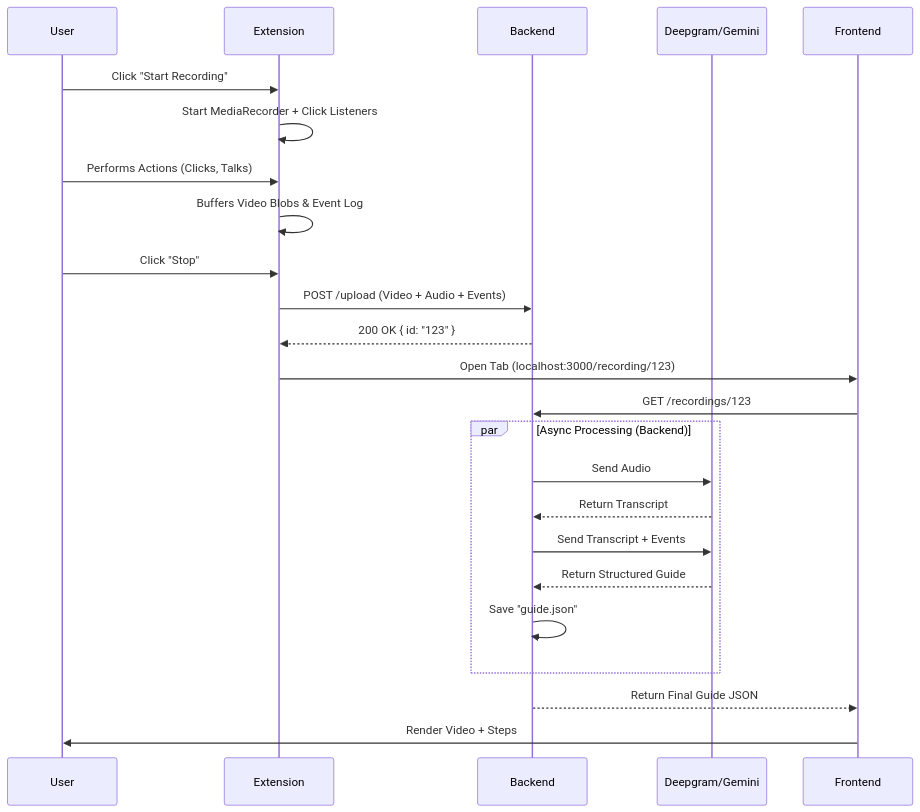
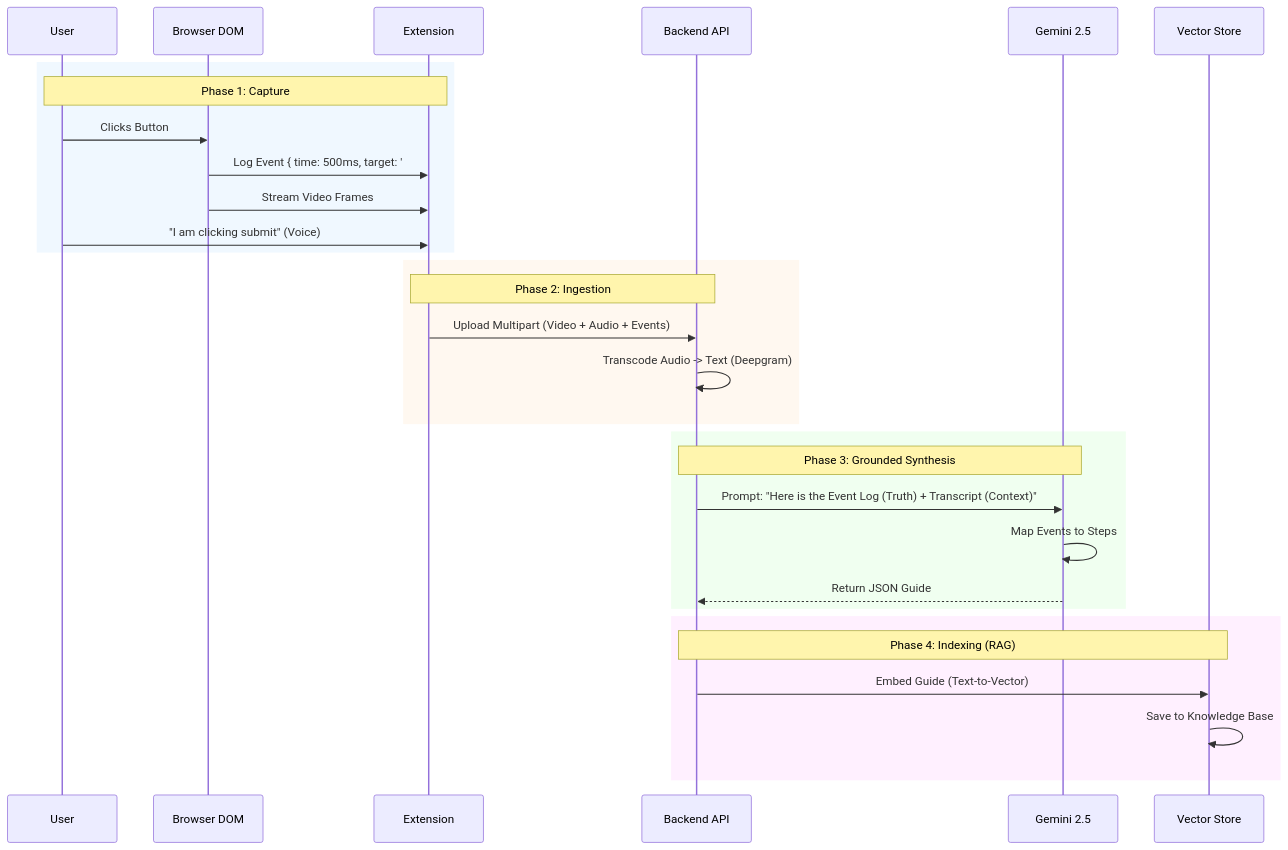
The diagram in docs/DATA_FLOW.md (lukmaann/Clueso-Monorepo), drawn with Mermaid before and after one commit. The commit also changed other lines of this file and 7 other files, not shown here.

Commit message:
docs: comprehensive update of architecture docs, readme and layer details

````diff
--- a/docs/DATA_FLOW.md
+++ b/docs/DATA_FLOW.md
@@ -9,32 +11,36 @@
 ```mermaid
 sequenceDiagram
     participant U as User
-    participant E as Extension
-    participant B as Backend
-    participant AI as Deepgram/Gemini
-    participant F as Frontend
+    participant DOM as Browser DOM
+    participant Ext as Extension
+    participant BE as Backend API
+    participant GEM as Gemini 2.5
+    participant DB as Vector Store
 
-    U->>E: Click "Start Recording"
-    E->>E: Start MediaRecorder + Click Listeners
-    
-    U->>E: Performs Actions (Clicks, Talks)
-    E->>E: Buffers Video Blobs & Event Log
-    
-    U->>E: Click "Stop"
-    E->>B: POST /upload (Video + Audio + Events)
-    B-->>E: 200 OK { id: "123" }
-    
-    E->>F: Open Tab (localhost:3000/recording/123)
-    F->>B: GET /recordings/123
-    
-    par Async Processing (Backend)
-        B->>AI: Send Audio
-        AI-->>B: Return Transcript
-        B->>AI: Send Transcript + Events
-        AI-->>B: Return Structured Guide
-        B->>B: Save "guide.json"
+    rect rgb(240, 248, 255)
+    note over U, Ext: Phase 1: Capture
+    U->>DOM: Clicks Button
+    DOM->>Ext: Log Event { time: 500ms, target: '#submit' }
+    DOM->>Ext: Stream Video Frames
+    U->>Ext: "I am clicking submit" (Voice)
     end
-    
-    B-->>F: Return Final Guide JSON
-    F->>U: Render Video + Steps
+
+    rect rgb(255, 248, 240)
+    note over Ext, BE: Phase 2: Ingestion
+    Ext->>BE: Upload Multipart (Video + Audio + Events)
+    BE->>BE: Transcode Audio -> Text (Deepgram)
+    end
+
+    rect rgb(240, 255, 240)
+    note over BE, GEM: Phase 3: Grounded Synthesis
+    BE->>GEM: Prompt: "Here is the Event Log (Truth) + Transcript (Context)"
+    GEM->>GEM: Map Events to Steps
+    GEM-->>BE: Return JSON Guide
+    end
+
+    rect rgb(255, 240, 255)
+    note over BE, DB: Phase 4: Indexing (RAG)
+    BE->>DB: Embed Guide (Text-to-Vector)
+    DB->>DB: Save to Knowledge Base
+    end
 ```
````
